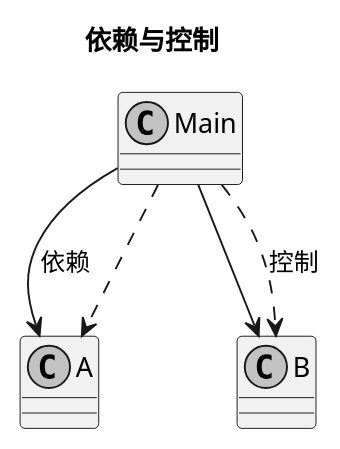
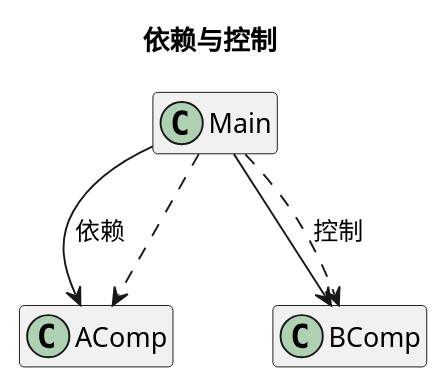
The diagram in source/_posts/dig/ioc-01.puml (a2dict/a2dblog-src), drawn with PlantUML before and after one commit. The commit also changed 9 other files, not shown here.

```diff
--- a/source/_posts/dig/ioc-01.puml
+++ b/source/_posts/dig/ioc-01.puml
@@ -1,10 +1,12 @@
 @startuml 
-skinparam monochrome true
+' skinparam monochrome true
+hide members
+
 title 依赖与控制
-Main --> A : 依赖
-Main --> B
+Main --> AComp : 依赖
+Main --> BComp
 
 
-Main ..> A 
-Main ..> B : 控制
+Main ..> AComp
+Main ..> BComp : 控制
 @enduml
```
